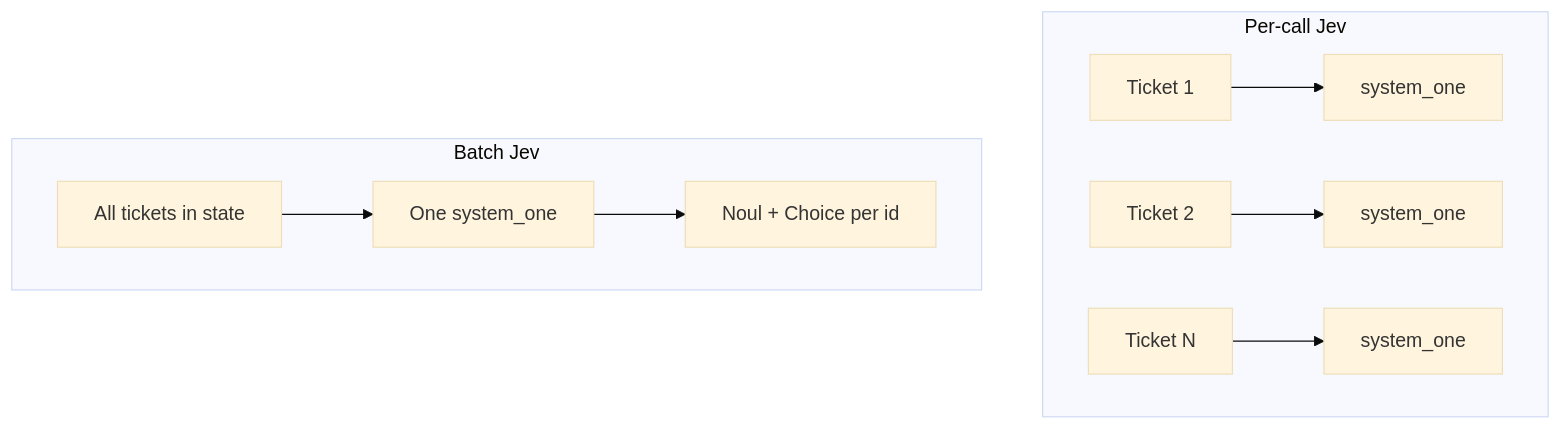
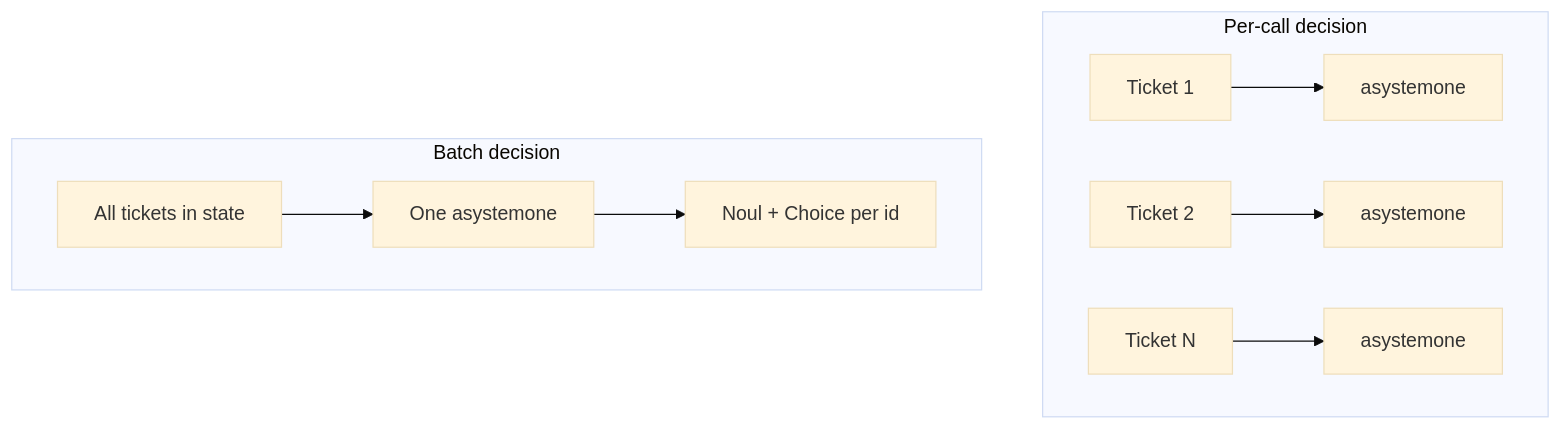
The second of 4 diagrams in docs/why_decision_models.md (thisisartium/eval-workshop-ext), drawn with Mermaid (base theme) before and after one commit. The commit also changed other lines of this file and 19 other files, not shown here.

First line of the commit message:
Call decision models via LiteLLM and rename the Jev workshop path.

````diff
--- a/docs/why_decision_models.md
+++ b/docs/why_decision_models.md
@@ -48,12 +52,12 @@
 ```mermaid
 flowchart TB
-  subgraph perCall [Per-call Jev]
-    r1[Ticket 1] --> c1[system_one]
-    r2[Ticket 2] --> c2[system_one]
-    rN[Ticket N] --> cN[system_one]
+  subgraph perCall [Per-call decision]
+    r1[Ticket 1] --> c1[asystemone]
+    r2[Ticket 2] --> c2[asystemone]
+    rN[Ticket N] --> cN[asystemone]
   end
-  subgraph batch [Batch Jev]
-    all[All tickets in state] --> one[One system_one]
+  subgraph batch [Batch decision]
+    all[All tickets in state] --> one[One asystemone]
     one --> q1[Noul + Choice per id]
   end
 ```
````
